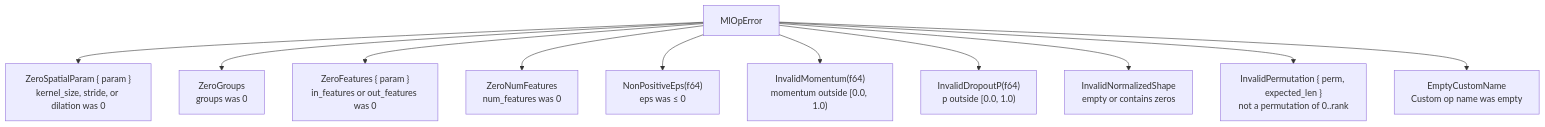
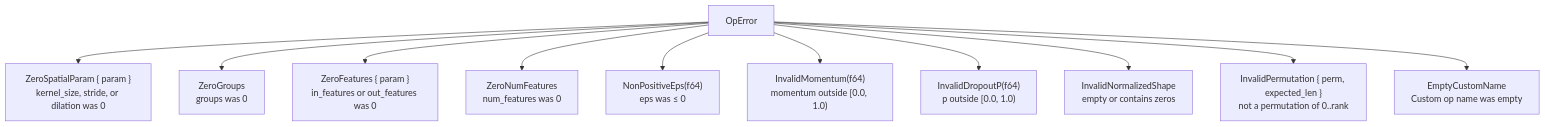
One commit to vansweej/graphynx changed the second of 3 diagrams in docs/op-catalog.md. Above: the diagram before and after it, drawn with Mermaid. The commit also changed other lines of this file and 10 other files, not shown here.

````diff
--- a/docs/op-catalog.md
+++ b/docs/op-catalog.md
@@ -26,13 +33,13 @@
 ```mermaid
 graph TD
-    MlOpError --> ZeroSpatialParam["ZeroSpatialParam { param }<br/>kernel_size, stride, or dilation was 0"]
-    MlOpError --> ZeroGroups["ZeroGroups<br/>groups was 0"]
-    MlOpError --> ZeroFeatures["ZeroFeatures { param }<br/>in_features or out_features was 0"]
-    MlOpError --> ZeroNumFeatures["ZeroNumFeatures<br/>num_features was 0"]
-    MlOpError --> NonPositiveEps["NonPositiveEps(f64)<br/>eps was ≤ 0"]
-    MlOpError --> InvalidMomentum["InvalidMomentum(f64)<br/>momentum outside [0.0, 1.0)"]
-    MlOpError --> InvalidDropoutP["InvalidDropoutP(f64)<br/>p outside [0.0, 1.0)"]
-    MlOpError --> InvalidNormalizedShape["InvalidNormalizedShape<br/>empty or contains zeros"]
-    MlOpError --> InvalidPermutation["InvalidPermutation { perm, expected_len }<br/>not a permutation of 0..rank"]
-    MlOpError --> EmptyCustomName["EmptyCustomName<br/>Custom op name was empty"]
+    OpError --> ZeroSpatialParam["ZeroSpatialParam { param }<br/>kernel_size, stride, or dilation was 0"]
+    OpError --> ZeroGroups["ZeroGroups<br/>groups was 0"]
+    OpError --> ZeroFeatures["ZeroFeatures { param }<br/>in_features or out_features was 0"]
+    OpError --> ZeroNumFeatures["ZeroNumFeatures<br/>num_features was 0"]
+    OpError --> NonPositiveEps["NonPositiveEps(f64)<br/>eps was ≤ 0"]
+    OpError --> InvalidMomentum["InvalidMomentum(f64)<br/>momentum outside [0.0, 1.0)"]
+    OpError --> InvalidDropoutP["InvalidDropoutP(f64)<br/>p outside [0.0, 1.0)"]
+    OpError --> InvalidNormalizedShape["InvalidNormalizedShape<br/>empty or contains zeros"]
+    OpError --> InvalidPermutation["InvalidPermutation { perm, expected_len }<br/>not a permutation of 0..rank"]
+    OpError --> EmptyCustomName["EmptyCustomName<br/>Custom op name was empty"]
 ```
````
